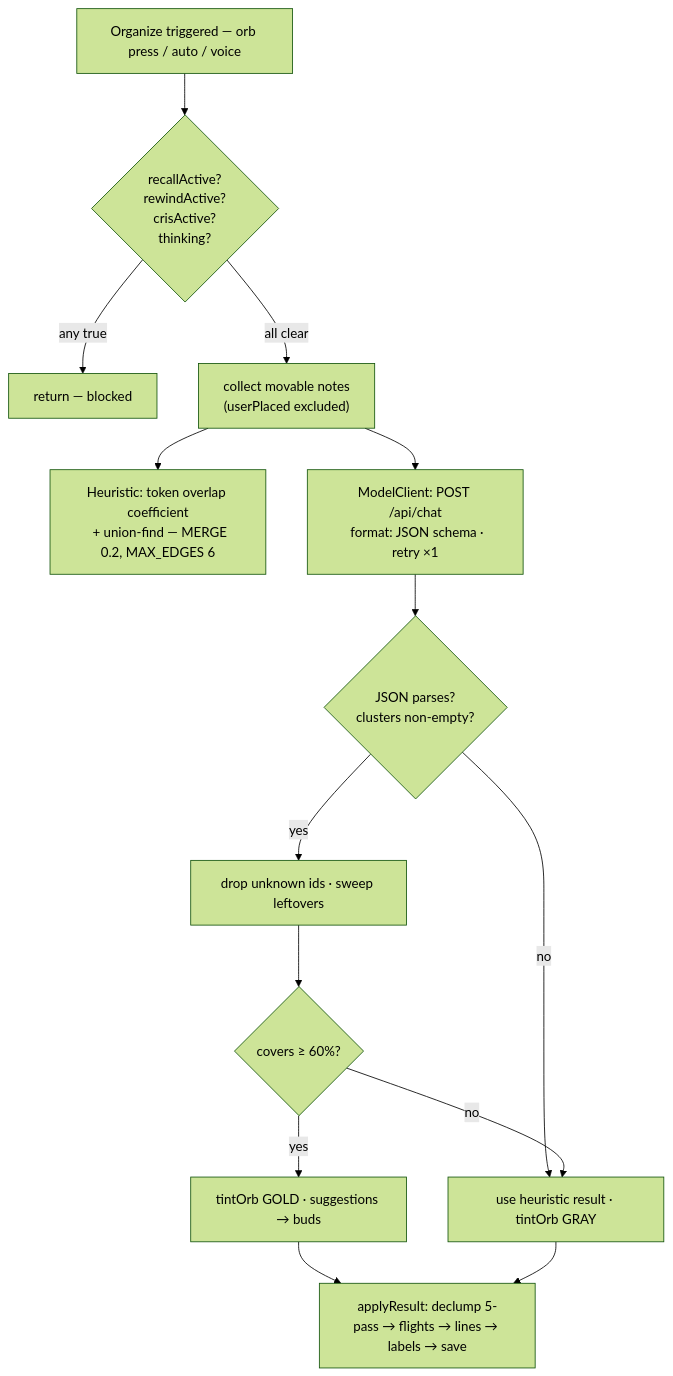
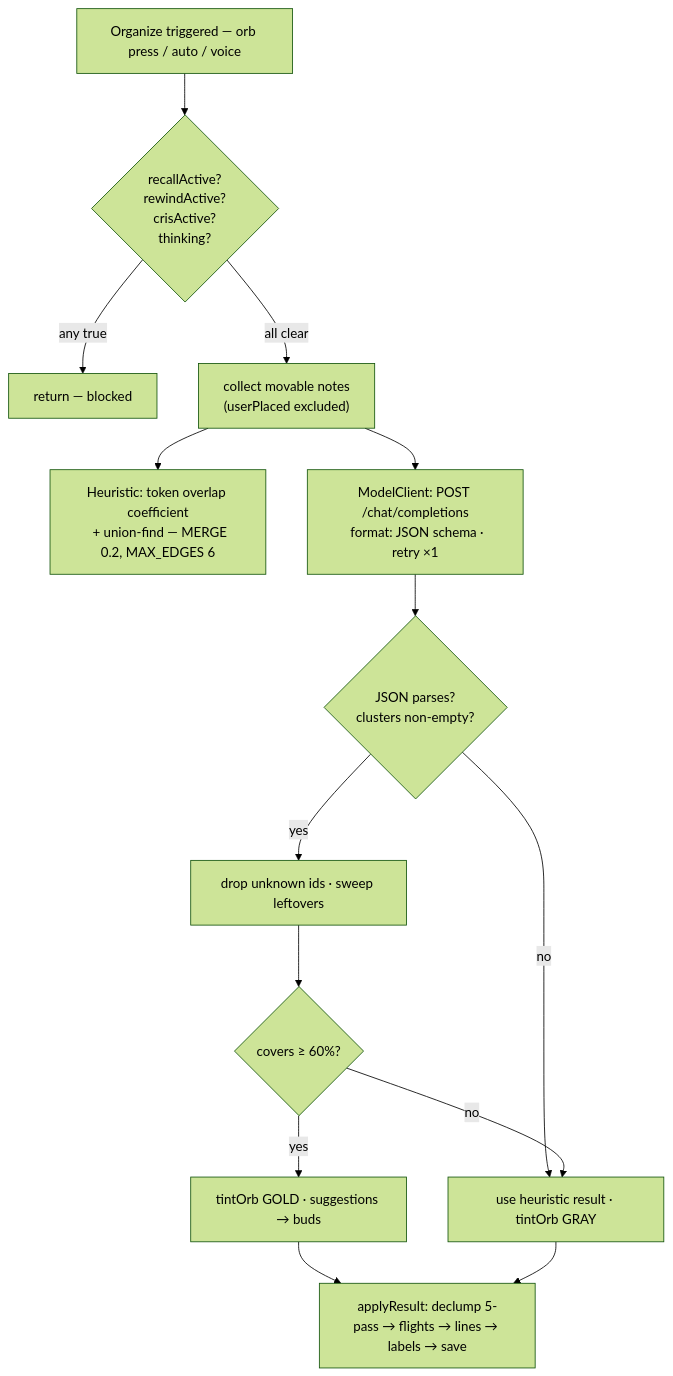
One commit to 0xv3nm09/loci-memory-bank changed the fourth of 10 diagrams in COMPETITION_STRATEGY.md. Above: the diagram before and after it, drawn with Mermaid (forest theme). The commit also changed other lines of this file and 11 other files, not shown here.

````diff
--- a/COMPETITION_STRATEGY.md
+++ b/COMPETITION_STRATEGY.md
@@ -184,25 +184,25 @@
 ```mermaid
 flowchart TD
   START["Organize triggered — orb press / auto / voice"] --> GUARD{"recallActive?
   rewindActive?
   crisActive?
   thinking?"}
   GUARD -- "any true" --> SKIP["return — blocked"]
   GUARD -- "all clear" --> COLLECT["collect movable notes
   (userPlaced excluded)"]
   COLLECT --> HEUR["Heuristic: token overlap coefficient
   + union-find — MERGE 0.2, MAX_EDGES 6"]
-  COLLECT --> MODEL["ModelClient: POST /api/chat
+  COLLECT --> MODEL["ModelClient: POST /chat/completions
   format: JSON schema · retry ×1"]
   MODEL --> VALIDATE{"JSON parses?
   clusters non-empty?"}
   VALIDATE -- "no" --> USE_H
   VALIDATE -- "yes" --> SANITIZE["drop unknown ids · sweep leftovers"]
   SANITIZE --> COVERAGE{"covers ≥ 60%?"}
   COVERAGE -- "yes" --> TINT_GOLD["tintOrb GOLD · suggestions → buds"]
   COVERAGE -- "no" --> USE_H
   USE_H["use heuristic result · tintOrb GRAY"]
   TINT_GOLD --> APPLY
   USE_H --> APPLY
   APPLY["applyResult: declump 5-pass → flights → lines → labels → save"]
 ```
````
